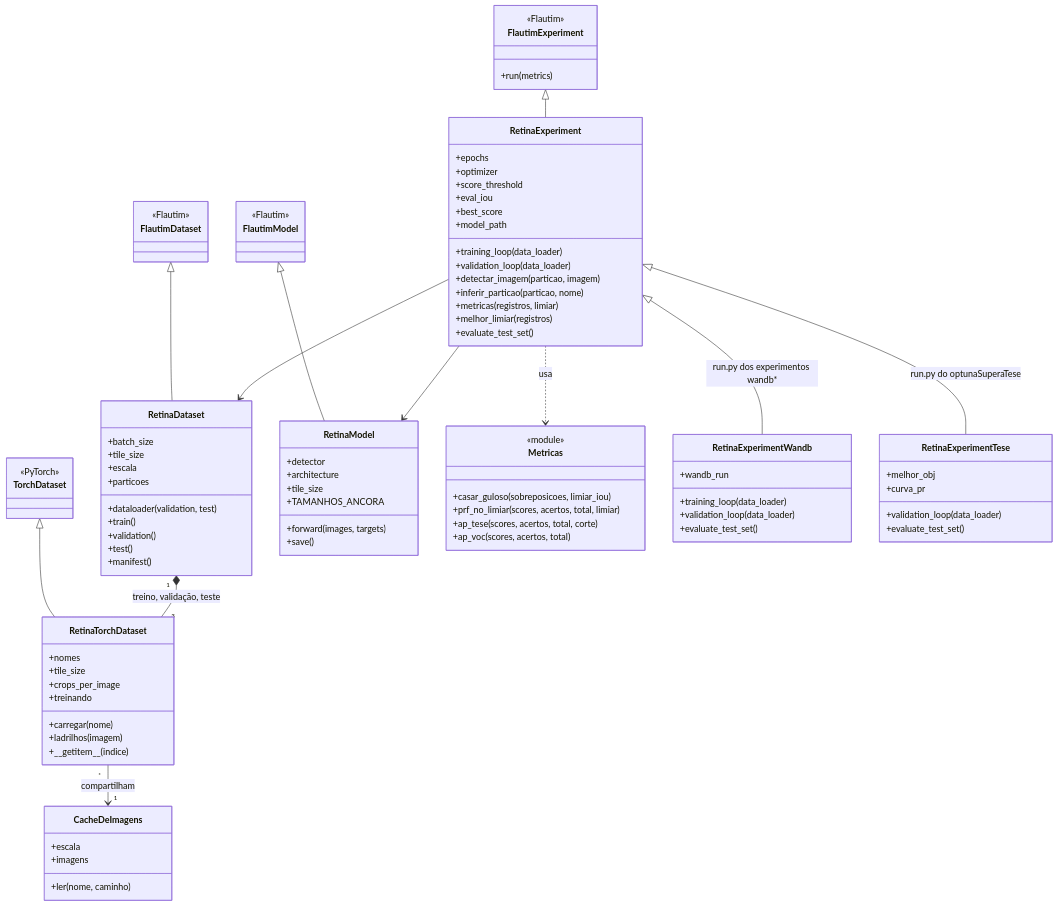
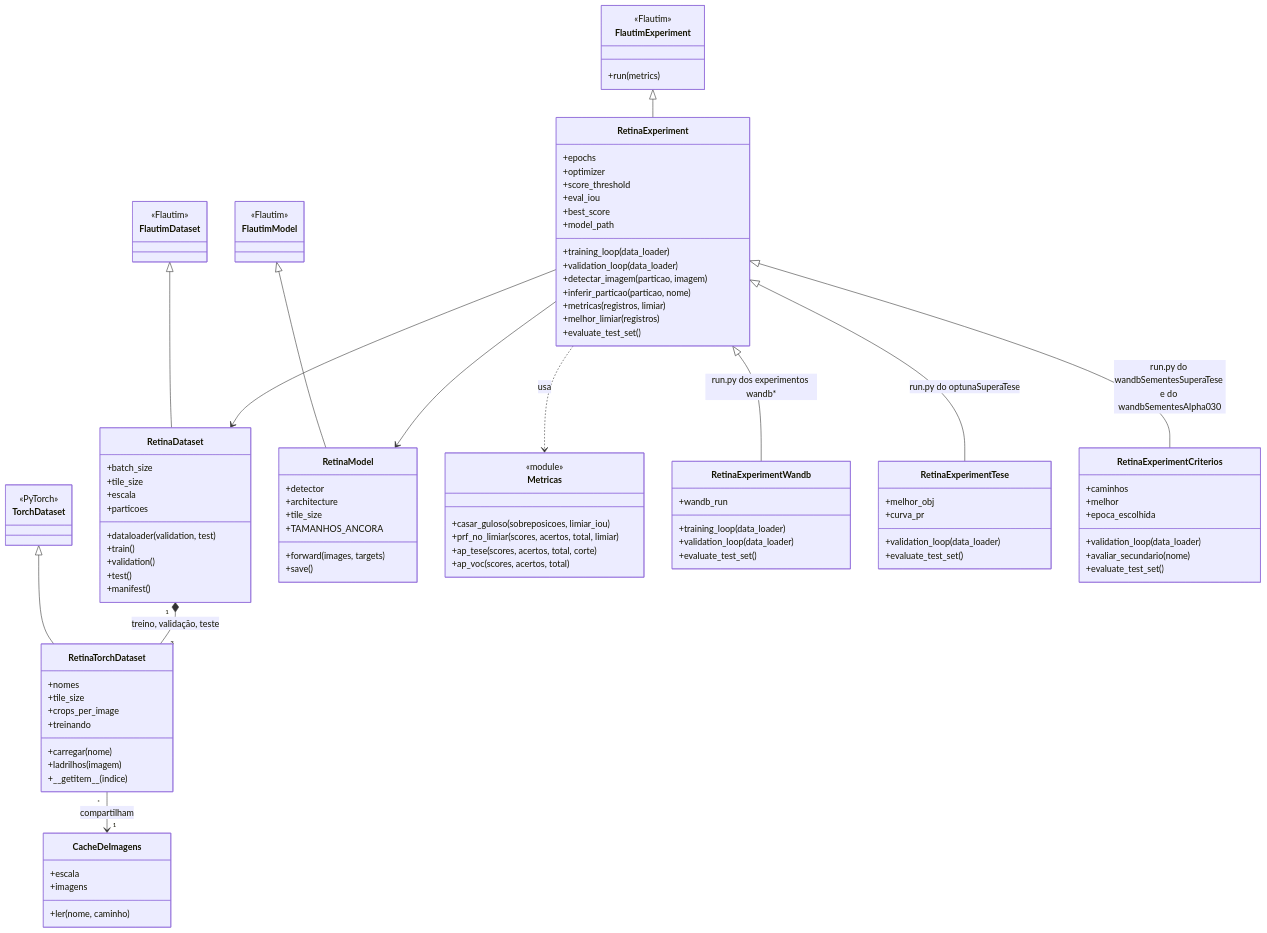
One commit to bernardozschaber/retinanet changed the first of 3 diagrams in README.md. Above: the diagram before and after it, drawn with Mermaid. The commit also changed other lines of this file, not shown here.

```diff
--- a/README.md
+++ b/README.md
@@ -157,6 +157,14 @@
         +validation_loop(data_loader)
         +evaluate_test_set()
     }
+    class RetinaExperimentCriterios {
+        +caminhos
+        +melhor
+        +epoca_escolhida
+        +validation_loop(data_loader)
+        +avaliar_secundario(nome)
+        +evaluate_test_set()
+    }
 
     FlautimDataset <|-- RetinaDataset
     TorchDataset <|-- RetinaTorchDataset
@@ -164,6 +172,7 @@
     FlautimExperiment <|-- RetinaExperiment
     RetinaExperiment <|-- RetinaExperimentWandb : run.py dos experimentos wandb*
     RetinaExperiment <|-- RetinaExperimentTese : run.py do optunaSuperaTese
+    RetinaExperiment <|-- RetinaExperimentCriterios : run.py do wandbSementesSuperaTese e do wandbSementesAlpha030
     RetinaDataset "1" *-- "3" RetinaTorchDataset : treino, validação, teste
     RetinaTorchDataset "*" --> "1" CacheDeImagens : compartilham
     RetinaExperiment --> RetinaModel
```
